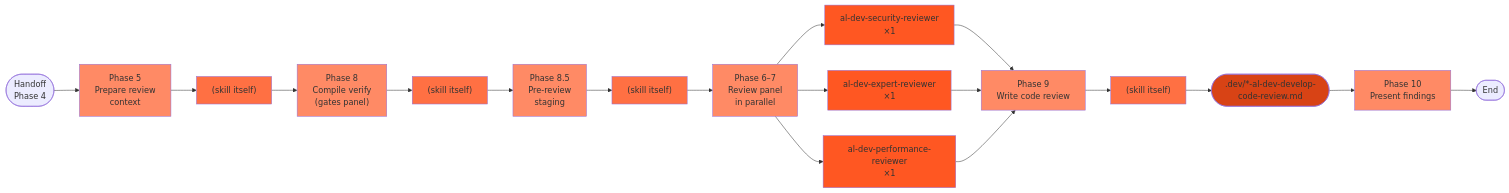
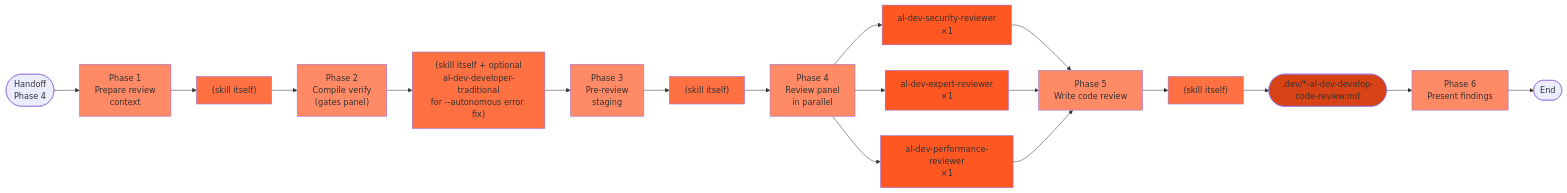
One commit to russell-laing/al-dev-shared changed the eighth of 24 diagrams in docs/al-dev-skills-map.md. Above: the diagram before and after it, drawn with Mermaid. The commit also changed other lines of this file and 1 other file, not shown here.

````diff
--- a/docs/al-dev-skills-map.md
+++ b/docs/al-dev-skills-map.md
@@ -249,38 +298,38 @@
 ```mermaid
 flowchart LR
-    Start([Handoff<br/>Phase 4]) --> Phase5["Phase 5<br/>Prepare review<br/>context"]
-    Phase5 --> SkillWork1["(skill itself)"]
-    SkillWork1 --> Phase8["Phase 8<br/>Compile verify<br/>(gates panel)"]
-    Phase8 --> SkillWork2["(skill itself)"]
-    SkillWork2 --> Phase85["Phase 8.5<br/>Pre-review<br/>staging"]
-    Phase85 --> SkillWork3["(skill itself)"]
-    SkillWork3 --> Phase67["Phase 6–7<br/>Review panel<br/>in parallel"]
+    Start([Handoff<br/>Phase 4]) --> Phase1["Phase 1<br/>Prepare review<br/>context"]
+    Phase1 --> SkillWork1["(skill itself)"]
+    SkillWork1 --> Phase2["Phase 2<br/>Compile verify<br/>(gates panel)"]
+    Phase2 --> SkillWork2["(skill itself + optional<br/>al-dev-developer-traditional<br/>for --autonomous error fix)"]
+    SkillWork2 --> Phase3["Phase 3<br/>Pre-review<br/>staging"]
+    Phase3 --> SkillWork3["(skill itself)"]
+    SkillWork3 --> Phase4["Phase 4<br/>Review panel<br/>in parallel"]
 
-    Phase67 --> SecReview["al-dev-security-reviewer<br/>×1"]
-    Phase67 --> ExpertReview["al-dev-expert-reviewer<br/>×1"]
-    Phase67 --> PerfReview["al-dev-performance-reviewer<br/>×1"]
+    Phase4 --> SecReview["al-dev-security-reviewer<br/>×1"]
+    Phase4 --> ExpertReview["al-dev-expert-reviewer<br/>×1"]
+    Phase4 --> PerfReview["al-dev-performance-reviewer<br/>×1"]
 
-    SecReview --> Phase9["Phase 9<br/>Write code review"]
-    ExpertReview --> Phase9
-    PerfReview --> Phase9
+    SecReview --> Phase5["Phase 5<br/>Write code review"]
+    ExpertReview --> Phase5
+    PerfReview --> Phase5
 
-    Phase9 --> SkillWork4["(skill itself)"]
+    Phase5 --> SkillWork4["(skill itself)"]
     SkillWork4 --> Output1([".dev/*-al-dev-develop-code-review.md"])
-    Output1 --> Phase10["Phase 10<br/>Present findings"]
-    Phase10 --> End([End])
+    Output1 --> Phase6["Phase 6<br/>Present findings"]
+    Phase6 --> End([End])
 
+    style Phase1 fill:#ff8a65
+    style Phase2 fill:#ff8a65
+    style Phase3 fill:#ff8a65
+    style Phase4 fill:#ff8a65
     style Phase5 fill:#ff8a65
-    style Phase8 fill:#ff8a65
-    style Phase85 fill:#ff8a65
-    style Phase67 fill:#ff8a65
-    style Phase9 fill:#ff8a65
-    style Phase10 fill:#ff8a65
+    style Phase6 fill:#ff8a65
     style SkillWork1 fill:#ff7043
     style SkillWork2 fill:#ff7043
     style SkillWork3 fill:#ff7043
     style SkillWork4 fill:#ff7043
     style SecReview fill:#ff5722
     style ExpertReview fill:#ff5722
     style PerfReview fill:#ff5722
     style Output1 fill:#d84315
 ```
````
